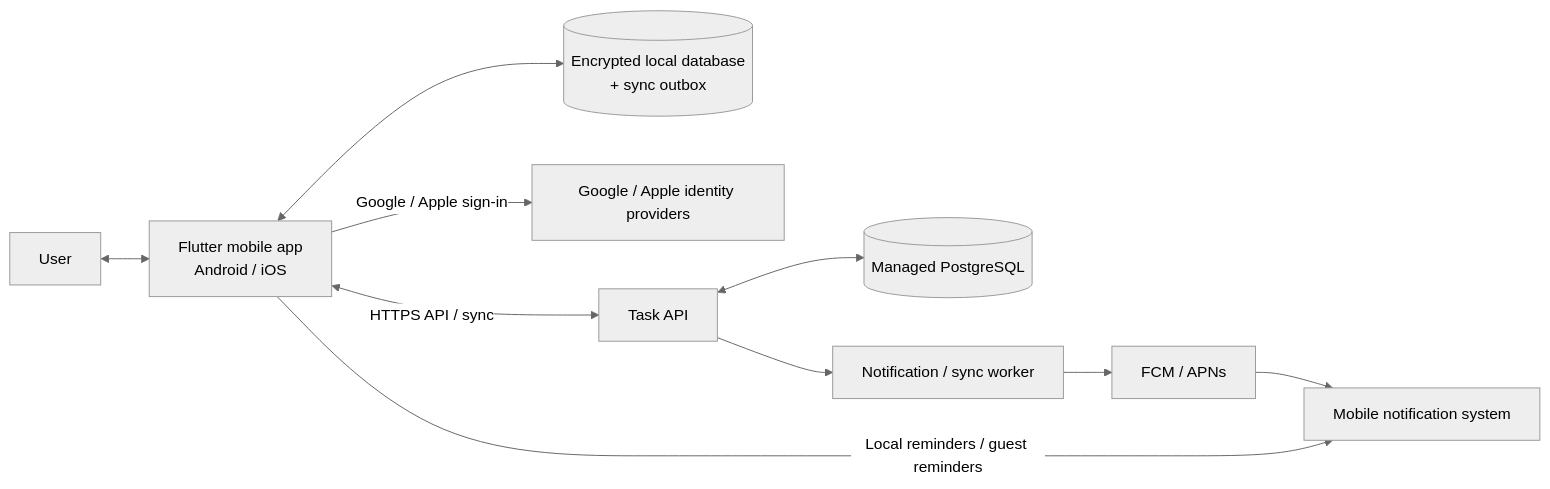
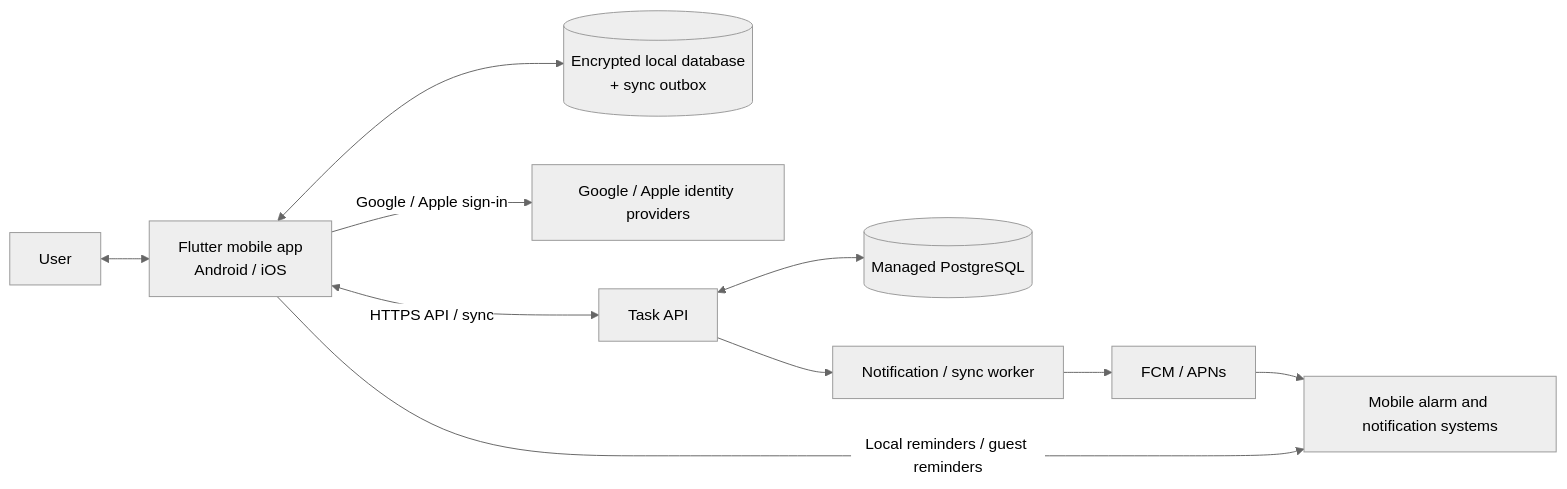
One commit to YuvrajGitHub21/MyTasks changed the first of 2 diagrams in Documentation/HLD.md. Above: the diagram before and after it, drawn with Mermaid (neutral theme). The commit also changed other lines of this file and 26 other files, not shown here.

````diff
--- a/Documentation/HLD.md
+++ b/Documentation/HLD.md
@@ -75,22 +75,22 @@
 ```mermaid
 flowchart LR
     U[User]
     A[Flutter mobile app\nAndroid / iOS]
     L[(Encrypted local database\n+ sync outbox)]
     G[Google / Apple identity providers]
     API[Task API]
     DB[(Managed PostgreSQL)]
     JOB[Notification / sync worker]
     PUSH[FCM / APNs]
-    OS[Mobile notification system]
+    OS[Mobile alarm and notification systems]
 
     U <--> A
     A <--> L
     A -->|Google / Apple sign-in| G
     A <-->|HTTPS API / sync| API
     API <--> DB
     API --> JOB
     JOB --> PUSH
     PUSH --> OS
     A -->|Local reminders / guest reminders| OS
 ```
````
